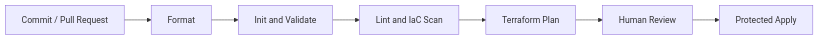
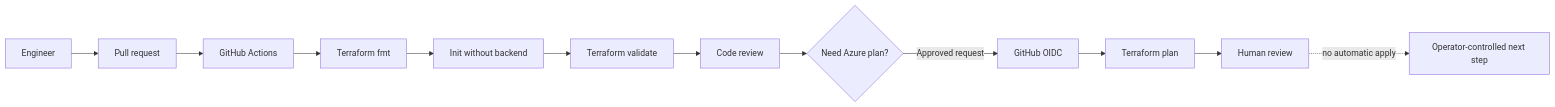
One commit to haqueamir70-coder/azure-terraform-cicd changed the diagram in README.md. Above: the diagram before and after it, drawn with Mermaid. The commit also changed other lines of this file, not shown here.

````diff
--- a/README.md
+++ b/README.md
@@ -17,9 +27,14 @@
 ```mermaid
 flowchart LR
-  A[Commit / Pull Request] --> B[Format]
-  B --> C[Init and Validate]
-  C --> D[Lint and IaC Scan]
-  D --> E[Terraform Plan]
-  E --> F[Human Review]
-  F --> G[Protected Apply]
+  Dev[Engineer] --> PR[Pull request]
+  PR --> CI[GitHub Actions]
+  CI --> Fmt[Terraform fmt]
+  Fmt --> Init[Init without backend]
+  Init --> Val[Terraform validate]
+  Val --> Review[Code review]
+  Review --> Gate{Need Azure plan?}
+  Gate -->|Approved request| OIDC[GitHub OIDC]
+  OIDC --> Plan[Terraform plan]
+  Plan --> Human[Human review]
+  Human -. no automatic apply .-> Stop[Operator-controlled next step]
 ```
````
